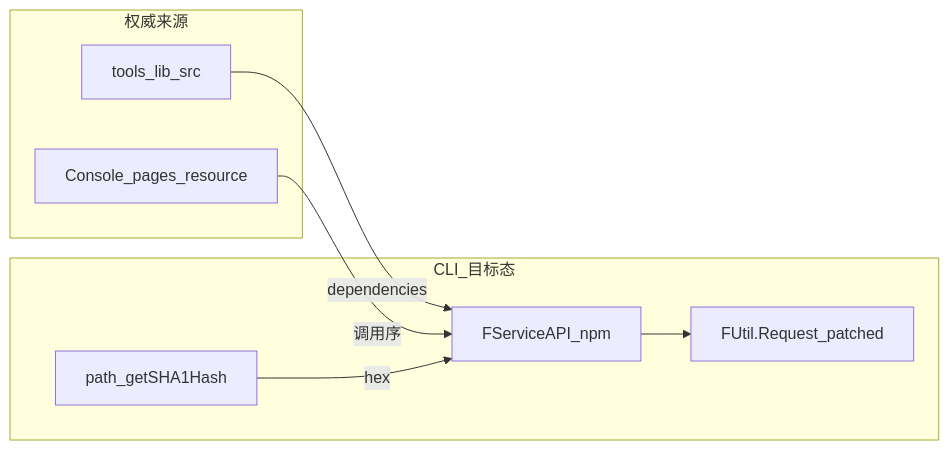
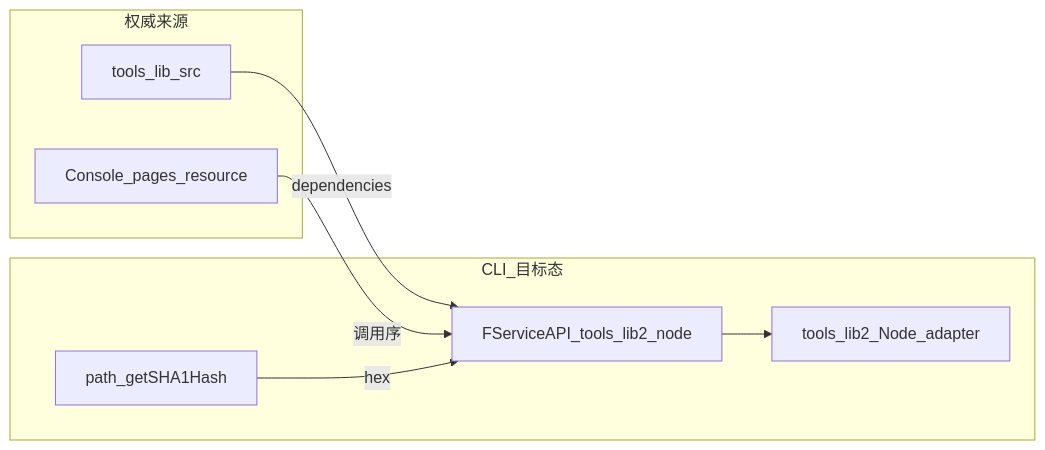
Before and after one commit to freelogfe/freelog-runtime-cli: the diagram in docs/新方案/开发设计/API/API迁移清单.md, drawn with Mermaid. The commit also changed other lines of this file and 139 other files, not shown here.

````diff
--- a/docs/新方案/开发设计/API/API迁移清单.md
+++ b/docs/新方案/开发设计/API/API迁移清单.md
@@ -61,18 +61,18 @@
 ```mermaid
 flowchart LR
   subgraph source [权威来源]
     TL[tools_lib_src]
     Console[Console_pages_resource]
   end
 
   subgraph target [CLI_目标态]
-    SAPI[FServiceAPI_npm]
+    SAPI[FServiceAPI_tools_lib2_node]
     Tool[path_getSHA1Hash]
-    NReq[FUtil.Request_patched]
+    NReq[tools_lib2_Node_adapter]
   end
 
   TL -->|dependencies| SAPI
   Console -->|调用序| SAPI
   SAPI --> NReq
   Tool -->|hex| SAPI
 ```
````
